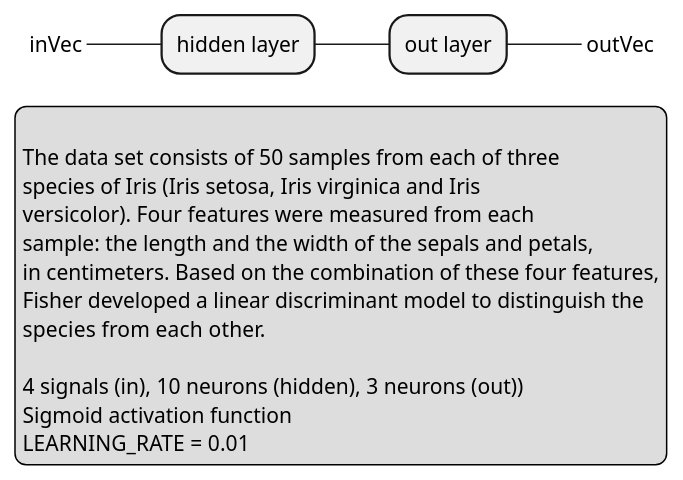
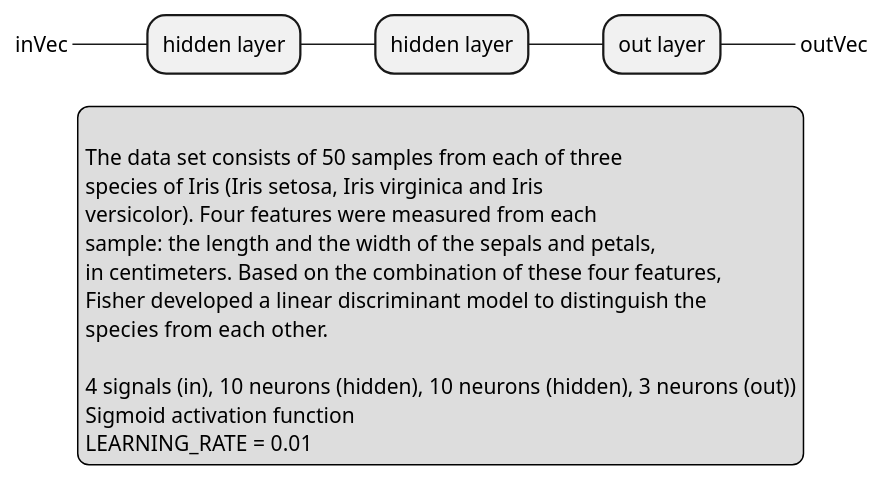
The diagram in src/main/java/udemycourse/nn2refined/twolayernetwork/plantuml/networklayoutIris.puml (JonasHellgren/MachineLearning), drawn with PlantUML before and after one commit. The commit also changed 3 other files, not shown here.

```diff
--- a/src/main/java/udemycourse/nn2refined/twolayernetwork/plantuml/networklayoutIris.puml
+++ b/src/main/java/udemycourse/nn2refined/twolayernetwork/plantuml/networklayoutIris.puml
@@ -1,28 +1,29 @@
 @startmindmap
 
 * hidden layer
-** out layer
-***_ outVec
+** hidden layer
+*** out layer
+****_ outVec
 
 left side
 
 **_ inVec
 
 
 legend
 
 The data set consists of 50 samples from each of three
 species of Iris (Iris setosa, Iris virginica and Iris
 versicolor). Four features were measured from each
 sample: the length and the width of the sepals and petals,
 in centimeters. Based on the combination of these four features,
 Fisher developed a linear discriminant model to distinguish the
 species from each other.
 
-4 signals (in), 10 neurons (hidden), 3 neurons (out))
+4 signals (in), 10 neurons (hidden), 10 neurons (hidden), 3 neurons (out))
 Sigmoid activation function
 LEARNING_RATE = 0.01
 end legend
 
 
 @endmindmap
```
